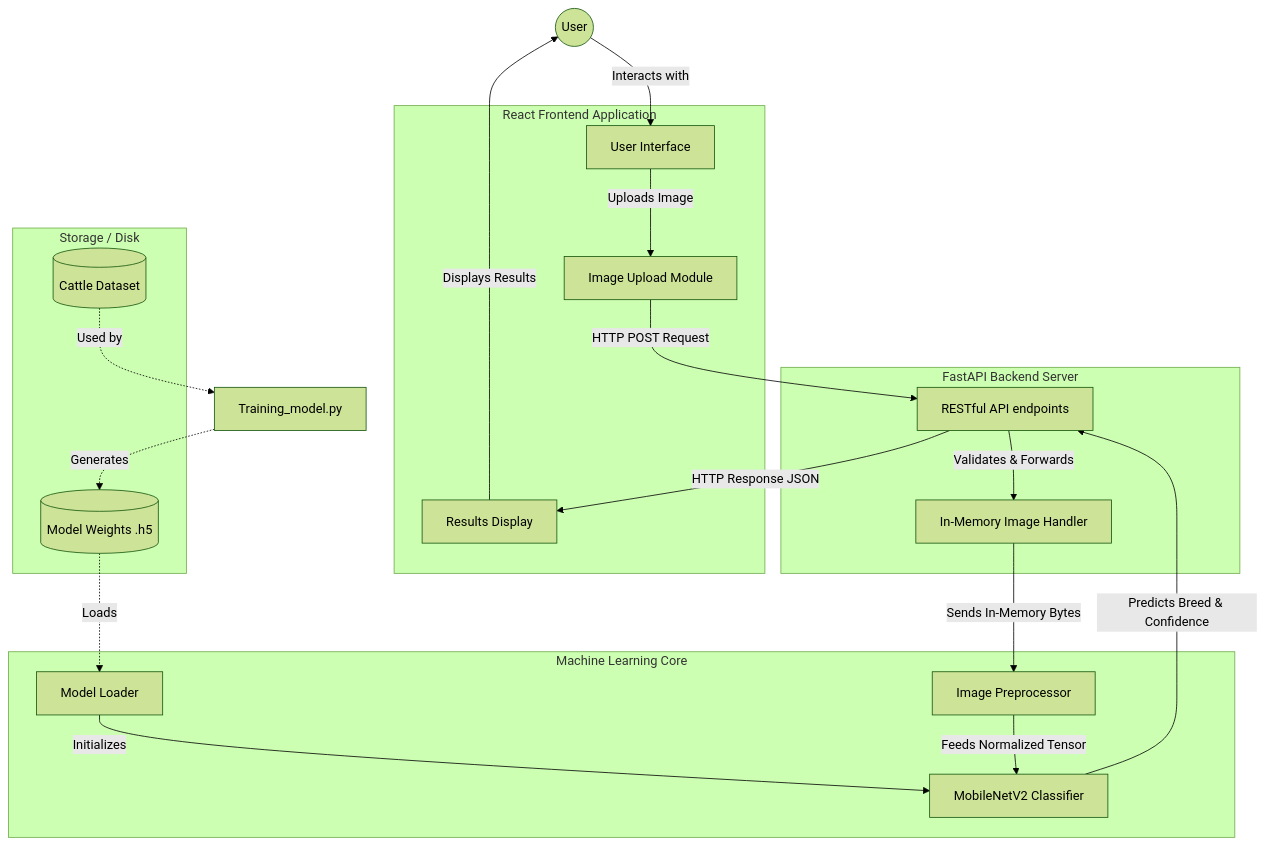
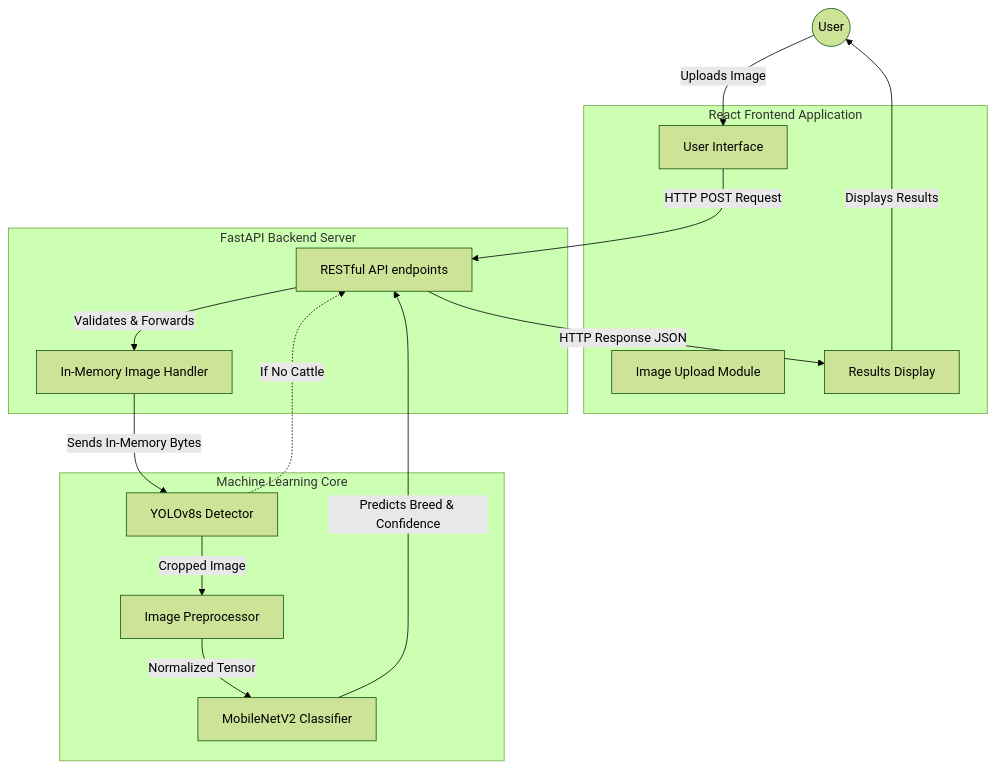
The first of 3 diagrams in Project_Report.md (AtulV2/Livestock_Breed_ID), drawn with Mermaid (forest theme) before and after one commit. The commit also changed other lines of this file and 8 other files, not shown here.

````diff
--- a/Project_Report.md
+++ b/Project_Report.md
@@ -44,52 +57,35 @@
 ```mermaid
 graph TD
-    %% Entities
     User((User))
     
-    %% Frontend
     subgraph Frontend [React Frontend Application]
         UI[User Interface]
         ImageUpload[Image Upload Module]
         ResultsDisplay[Results Display]
     end
     
-    %% Backend
     subgraph Backend [FastAPI Backend Server]
         API[RESTful API endpoints]
         ImageHandler[In-Memory Image Handler]
     end
     
-    %% ML Core
     subgraph MLCore [Machine Learning Core]
-        ModelLoader[Model Loader]
+        YOLO[YOLOv8s Detector]
         Preprocessor[Image Preprocessor]
         MobileNetV2[MobileNetV2 Classifier]
     end
     
-    %% Storage
-    subgraph Storage [Storage / Disk]
-        Weights[(Model Weights .h5)]
-        Dataset[(Cattle Dataset)]
-    end
-
-    %% Flow
-    User -->|Interacts with| UI
-    UI -->|Uploads Image| ImageUpload
-    ImageUpload -->|HTTP POST Request| API
+    User -->|Uploads Image| UI
+    UI -->|HTTP POST Request| API
+    API -->|Validates & Forwards| ImageHandler
+    ImageHandler -->|Sends In-Memory Bytes| YOLO
     
-    API -->|Validates & Forwards| ImageHandler
-    ImageHandler -->|Sends In-Memory Bytes| Preprocessor
+    YOLO -->|Cropped Image| Preprocessor
+    YOLO -.->|If No Cattle| API
     
-    Weights -.->|Loads| ModelLoader
-    ModelLoader -->|Initializes| MobileNetV2
-    
-    Preprocessor -->|Feeds Normalized Tensor| MobileNetV2
+    Preprocessor -->|Normalized Tensor| MobileNetV2
     MobileNetV2 -->|Predicts Breed & Confidence| API
     
     API -->|HTTP Response JSON| ResultsDisplay
     ResultsDisplay -->|Displays Results| User
-    
-    %% Training Flow
-    Dataset -.->|Used by| TrainingScript[Training_model.py]
-    TrainingScript -.->|Generates| Weights
 ```
````
